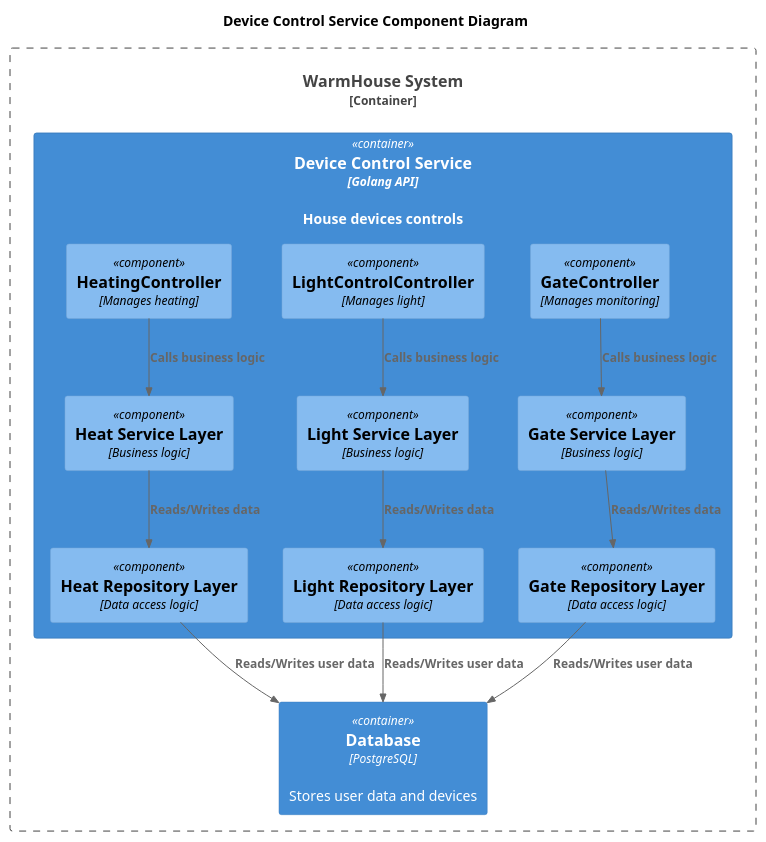
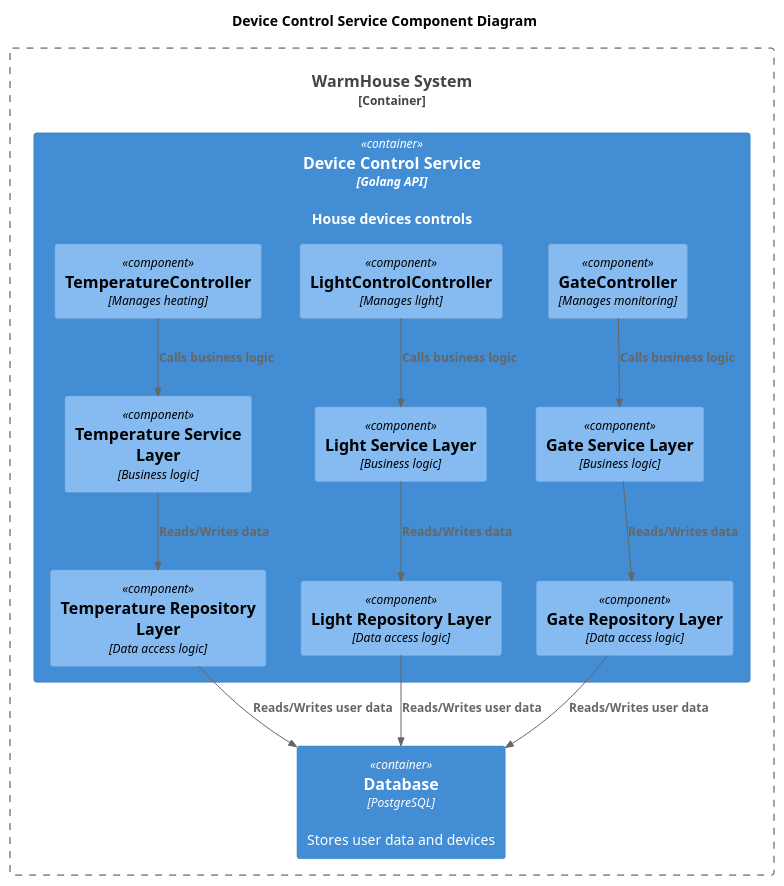
One commit to ildar-i/architecture-warmhouse changed the diagram in schemas/device_component.puml. Above: the diagram before and after it, drawn with PlantUML. The commit also changed 7 other files, not shown here.

```diff
--- a/schemas/device_component.puml
+++ b/schemas/device_component.puml
@@ -1,39 +1,39 @@
 @startuml
 title Device Control Service Component Diagram
 
 top to bottom direction
 
 !includeurl https://raw.githubusercontent.com/RicardoNiepel/C4-PlantUML/master/C4_Component.puml
 
 Container_Boundary(WarmHouseSystem, "WarmHouse System") {
   Container(DeviceControlService, "Device Control Service", "Golang API", "House devices controls")
   Container(Database, "Database", "PostgreSQL", "Stores user data and devices")
 }
 
 Container(DeviceControlService, Device Control Service") {
-  Component(HeatingController, "HeatingController", "Manages heating")
+  Component(TemperatureController, "TemperatureController", "Manages heating")
   Component(LightControlController, "LightControlController", "Manages light")
   Component(GateController, "GateController", "Manages monitoring")
 
-  Component(HeatServiceLayer, "Heat Service Layer", "Business logic")
+  Component(TemperatureServiceLayer, "Temperature Service Layer", "Business logic")
   Component(LightServiceLayer, "Light Service Layer", "Business logic")
   Component(GateServiceLayer, "Gate Service Layer", "Business logic")
 
-  Component(HeatRepositoryLayer, "Heat Repository Layer", "Data access logic")
+  Component(TemperatureRepositoryLayer, "Temperature Repository Layer", "Data access logic")
   Component(LightRepositoryLayer, "Light Repository Layer", "Data access logic")
   Component(GateRepositoryLayer, "Gate Repository Layer", "Data access logic")
 }
 
-Rel(HeatingController,HeatServiceLayer,"Calls business logic")
+Rel(TemperatureController,TemperatureServiceLayer,"Calls business logic")
 Rel(LightControlController,LightServiceLayer,"Calls business logic")
 Rel(GateController,GateServiceLayer,"Calls business logic")
 
-Rel(HeatServiceLayer,HeatRepositoryLayer,"Reads/Writes data")
+Rel(TemperatureServiceLayer,TemperatureRepositoryLayer,"Reads/Writes data")
 Rel(LightServiceLayer,LightRepositoryLayer,"Reads/Writes data")
 Rel(GateServiceLayer,GateRepositoryLayer,"Reads/Writes data")
 
-Rel(HeatRepositoryLayer,Database,"Reads/Writes user data")
+Rel(TemperatureRepositoryLayer,Database,"Reads/Writes user data")
 Rel(LightRepositoryLayer,Database,"Reads/Writes user data")
 Rel(GateRepositoryLayer,Database,"Reads/Writes user data")
 
 @enduml
```
